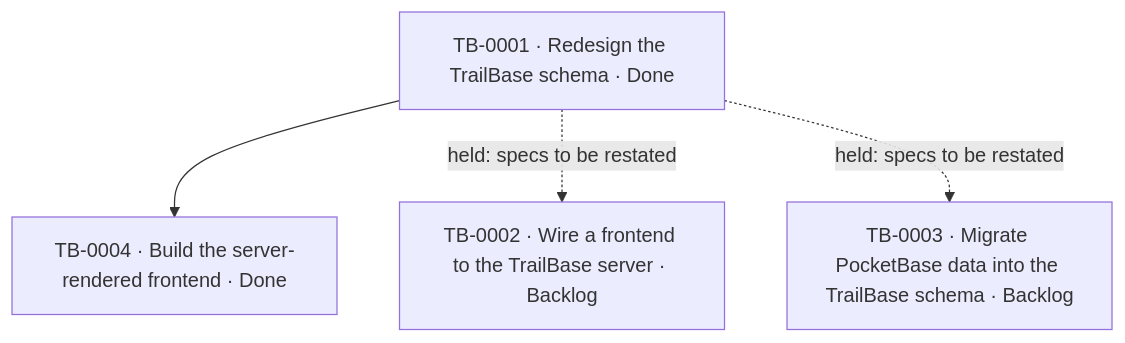
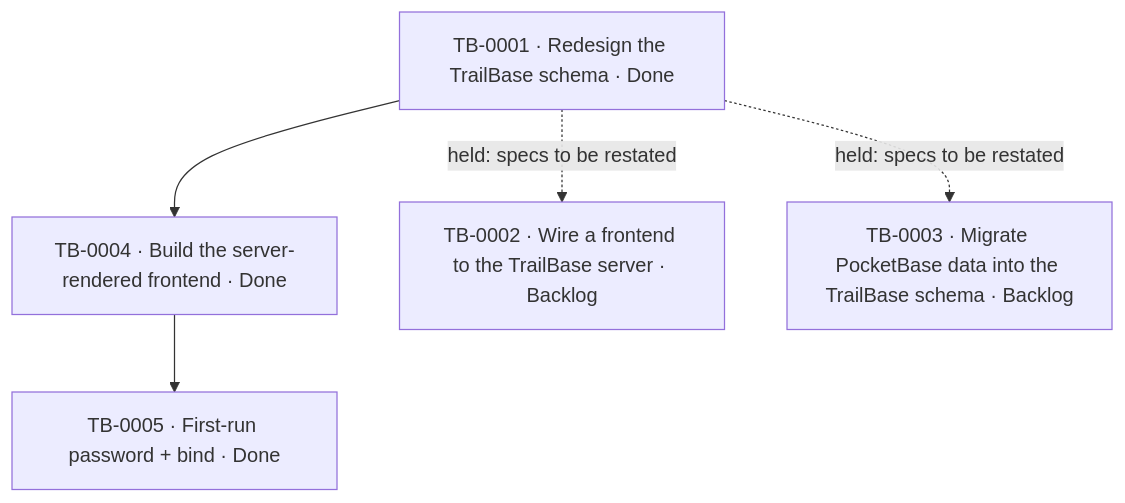
The second of 2 diagrams in vault/projects/trailbase-backend.md (abdulhakam/aa_point_of_sale), drawn with Mermaid before and after one commit. The commit also changed other lines of this file and 11 other files, not shown here.

First line of the commit message:
fix(trailbase): Reliable first run and IPv4 bind

````diff
--- a/vault/projects/trailbase-backend.md
+++ b/vault/projects/trailbase-backend.md
@@ -142,10 +148,12 @@
 ```mermaid
 flowchart TD
   T1["TB-0001 · Redesign the TrailBase schema · Done"]
   T4["TB-0004 · Build the server-rendered frontend · Done"]
+  T5["TB-0005 · First-run password + bind · Done"]
   T2["TB-0002 · Wire a frontend to the TrailBase server · Backlog"]
   T3["TB-0003 · Migrate PocketBase data into the TrailBase schema · Backlog"]
   T1 --> T4
+  T4 --> T5
   T1 -.->|"held: specs to be restated"| T2
   T1 -.->|"held: specs to be restated"| T3
 ```
````
